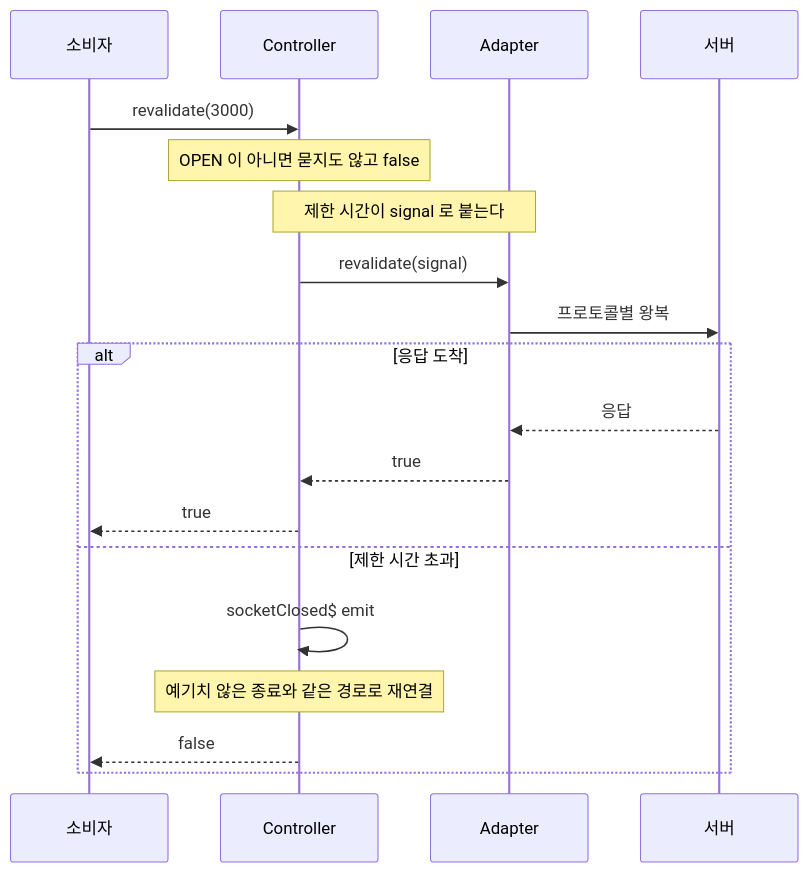
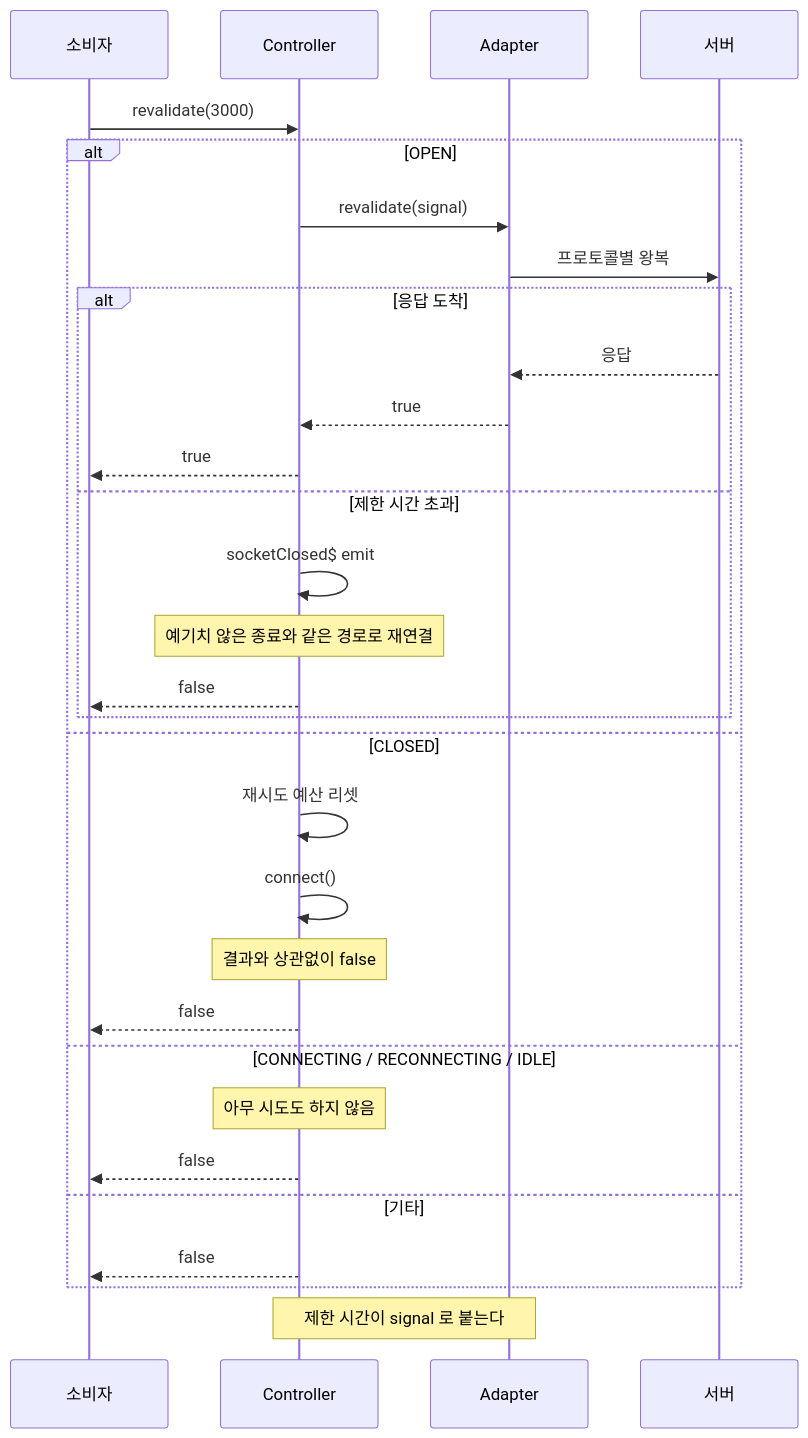
One commit to 4sizn/ws-pack changed the sixth of 8 diagrams in docs/lifecycle.md. Above: the diagram before and after it, drawn with Mermaid. The commit also changed other lines of this file and 10 other files, not shown here.

````diff
--- a/docs/lifecycle.md
+++ b/docs/lifecycle.md
@@ -123,22 +123,33 @@
 ```mermaid
 sequenceDiagram
   participant App as 소비자
   participant Ctrl as Controller
   participant A as Adapter
   participant S as 서버
 
-  App->>Ctrl: revalidate(3000)
-  Note over Ctrl: OPEN 이 아니면 묻지도 않고 false
-  Note over Ctrl,A: 제한 시간이 signal 로 붙는다
-  Ctrl->>A: revalidate(signal)
-  A->>S: 프로토콜별 왕복
-  alt 응답 도착
-    S-->>A: 응답
-    A-->>Ctrl: true
-    Ctrl-->>App: true
-  else 제한 시간 초과
-    Ctrl->>Ctrl: socketClosed$ emit
-    Note over Ctrl: 예기치 않은 종료와 같은 경로로 재연결
+App->>Ctrl: revalidate(3000)
+  alt OPEN
+    Ctrl->>A: revalidate(signal)
+    A->>S: 프로토콜별 왕복
+    alt 응답 도착
+      S-->>A: 응답
+      A-->>Ctrl: true
+      Ctrl-->>App: true
+    else 제한 시간 초과
+      Ctrl->>Ctrl: socketClosed$ emit
+      Note over Ctrl: 예기치 않은 종료와 같은 경로로 재연결
+      Ctrl-->>App: false
+    end
+  else CLOSED
+    Ctrl->>Ctrl: 재시도 예산 리셋
+    Ctrl->>Ctrl: connect()
+    Note over Ctrl: 결과와 상관없이 false
+    Ctrl-->>App: false
+  else CONNECTING / RECONNECTING / IDLE
+    Note over Ctrl: 아무 시도도 하지 않음
+    Ctrl-->>App: false
+  else 기타
     Ctrl-->>App: false
   end
+  Note over Ctrl,A: 제한 시간이 signal 로 붙는다
 ```
````
